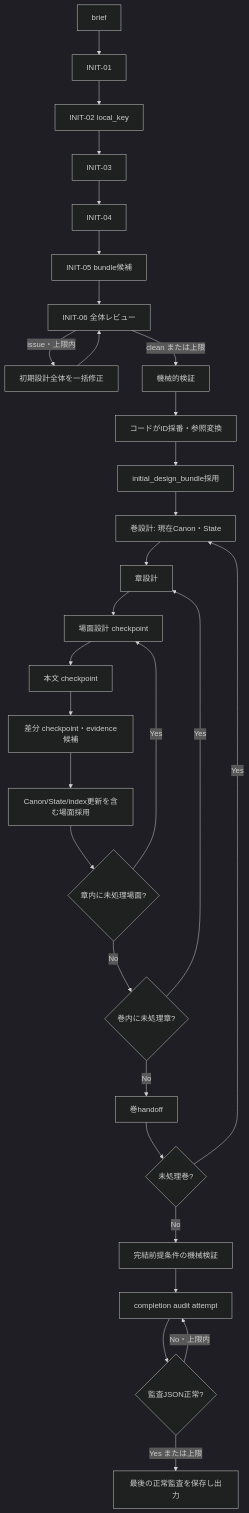
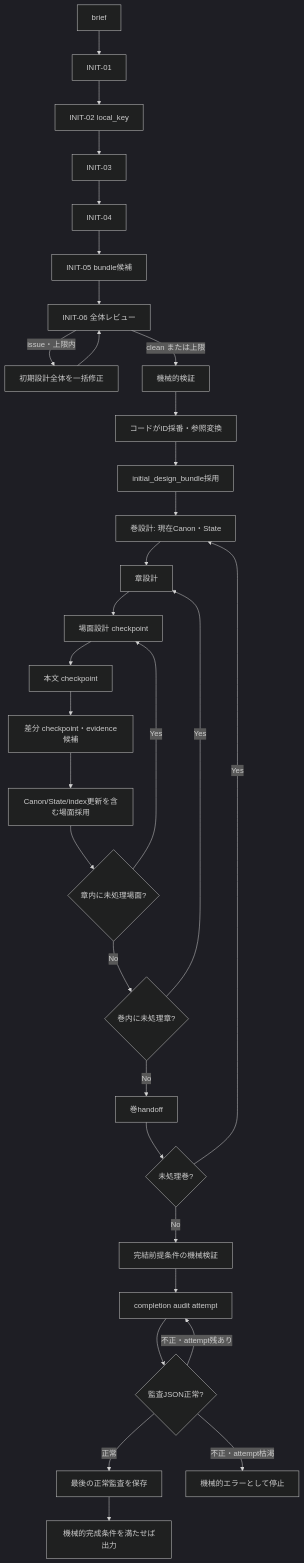
The diagram in docs/design/series_engine_flow.md (goura32/storycraft), drawn with Mermaid (dark theme) before and after one commit. The commit also changed 7 other files, not shown here.

````diff
--- a/docs/design/series_engine_flow.md
+++ b/docs/design/series_engine_flow.md
@@ -5,32 +5,34 @@
 ```mermaid
 flowchart TD
   B[brief] --> I1[INIT-01]
   I1 --> I2[INIT-02 local_key]
   I2 --> I3[INIT-03]
   I3 --> I4[INIT-04]
   I4 --> I5[INIT-05 bundle候補]
   I5 --> R[INIT-06 全体レビュー]
   R -->|issue・上限内| X[初期設計全体を一括修正]
   X --> R
   R -->|clean または上限| V[機械的検証]
   V --> ID[コードがID採番・参照変換]
   ID --> A[initial_design_bundle採用]
   A --> VD[巻設計: 現在Canon・State]
   VD --> CD[章設計]
   CD --> SC[場面設計 checkpoint]
   SC --> P[本文 checkpoint]
   P --> D[差分 checkpoint・evidence候補]
   D --> SA[Canon/State/index更新を含む場面採用]
   SA --> MS{章内に未処理場面?}
   MS -->|Yes| SC
   MS -->|No| MC{巻内に未処理章?}
   MC -->|Yes| CD
   MC -->|No| VH[巻handoff]
   VH --> MV{未処理巻?}
   MV -->|Yes| VD
   MV -->|No| CP[完結前提条件の機械検証]
   CP --> CA[completion audit attempt]
   CA --> CJ{監査JSON正常?}
-  CJ -->|No・上限内| CA
-  CJ -->|Yes または上限| OUT[最後の正常監査を保存し出力]
+  CJ -->|正常| SAVE[最後の正常監査を保存]
+  CJ -->|不正・attempt残あり| CA
+  CJ -->|不正・attempt枯渇| STOP[機械的エラーとして停止]
+  SAVE --> OUT[機械的完成条件を満たせば出力]
 ```
````
